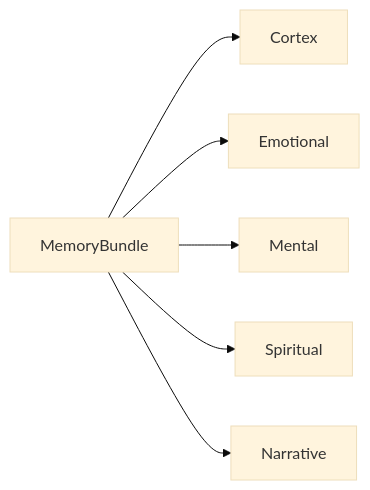
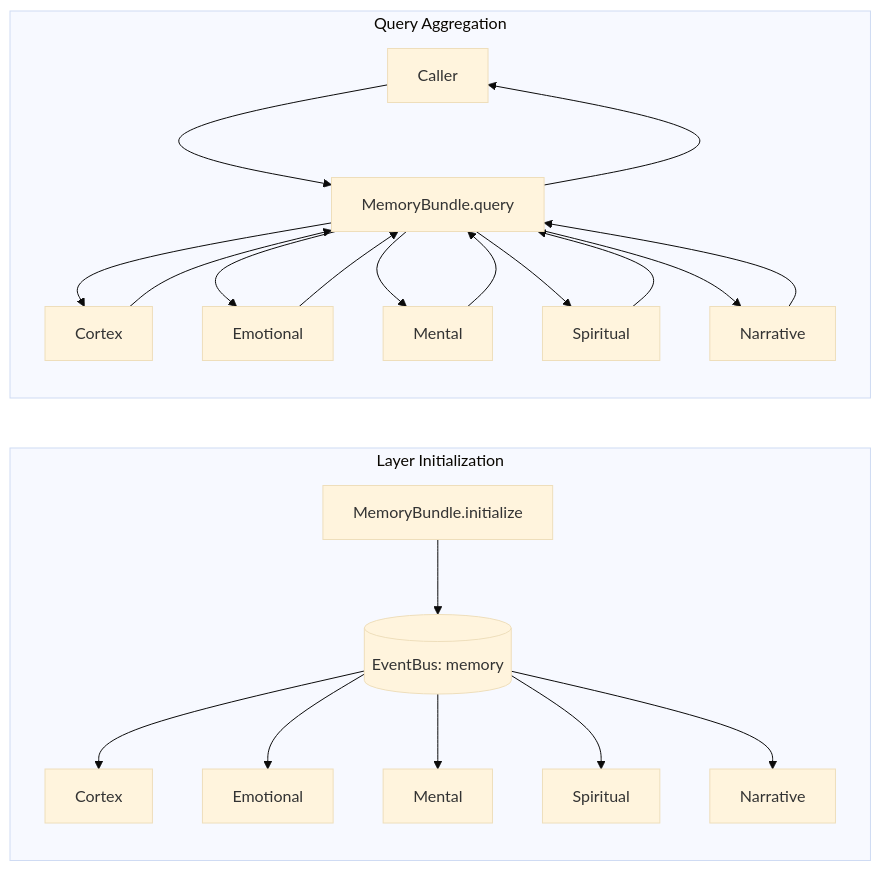
Before and after one commit to DINGIRABZU/ABZU: the diagram in docs/figures/memory_bundle.mmd, drawn with Mermaid (base theme). The commit also changed 4 other files, not shown here.

First line of the commit message:
feat(docs): add memory bundle diagram

```diff
--- a/docs/figures/memory_bundle.mmd
+++ b/docs/figures/memory_bundle.mmd
@@ -1,9 +1,26 @@
-%% Memory Bundle diagram
-%% Version: v1.0.0
-%% Last updated: 2025-09-05
+%% Memory bundle initialization and query aggregation diagram
+%% Version: v1.1.0
+%% Last updated: 2025-09-07
 flowchart LR
-    bundle[MemoryBundle] --> cortex[Cortex]
-    bundle --> emotional[Emotional]
-    bundle --> mental[Mental]
-    bundle --> spiritual[Spiritual]
-    bundle --> narrative[Narrative]
+    subgraph Init[Layer Initialization]
+        MBInit[MemoryBundle.initialize] --> Bus[(EventBus: memory)]
+        Bus --> Cortex[Cortex]
+        Bus --> Emotional[Emotional]
+        Bus --> Mental[Mental]
+        Bus --> Spiritual[Spiritual]
+        Bus --> Narrative[Narrative]
+    end
+    subgraph Query[Query Aggregation]
+        Caller[Caller] --> MBQuery[MemoryBundle.query]
+        MBQuery --> QCortex[Cortex]
+        MBQuery --> QEmotional[Emotional]
+        MBQuery --> QMental[Mental]
+        MBQuery --> QSpiritual[Spiritual]
+        MBQuery --> QNarrative[Narrative]
+        QCortex --> MBQuery
+        QEmotional --> MBQuery
+        QMental --> MBQuery
+        QSpiritual --> MBQuery
+        QNarrative --> MBQuery
+        MBQuery --> Caller
+    end
```
